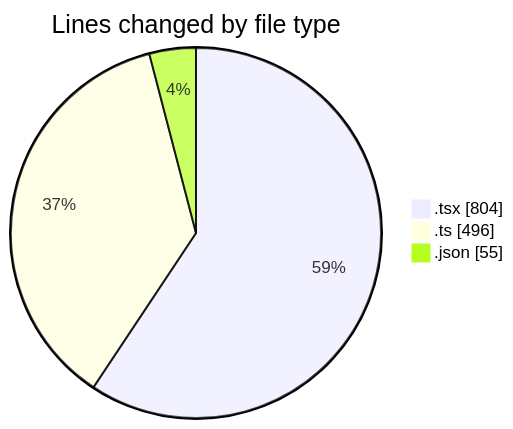
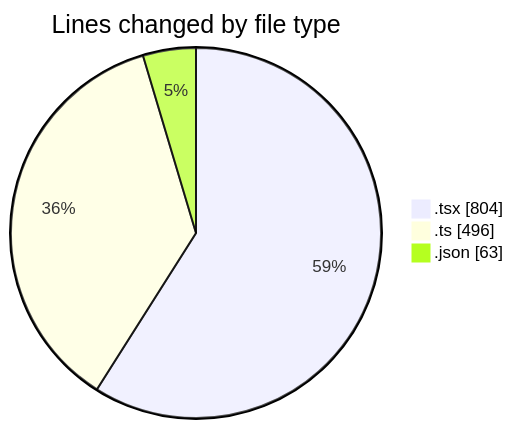
The first of 2 diagrams in 2025-10-21/eventscop-frontend-guide__workspace_/README.md (julien-gomy/code-tracking), drawn with Mermaid before and after one commit. The commit also changed other lines of this file and 1 other file, not shown here.

````diff
--- a/2025-10-21/eventscop-frontend-guide__workspace_/README.md
+++ b/2025-10-21/eventscop-frontend-guide__workspace_/README.md
@@ -36,7 +36,7 @@
 ```mermaid
 pie showData
 title Lines changed by file type
 ".tsx" : 804
 ".ts" : 496
-".json" : 55
+".json" : 63
 ```
````
